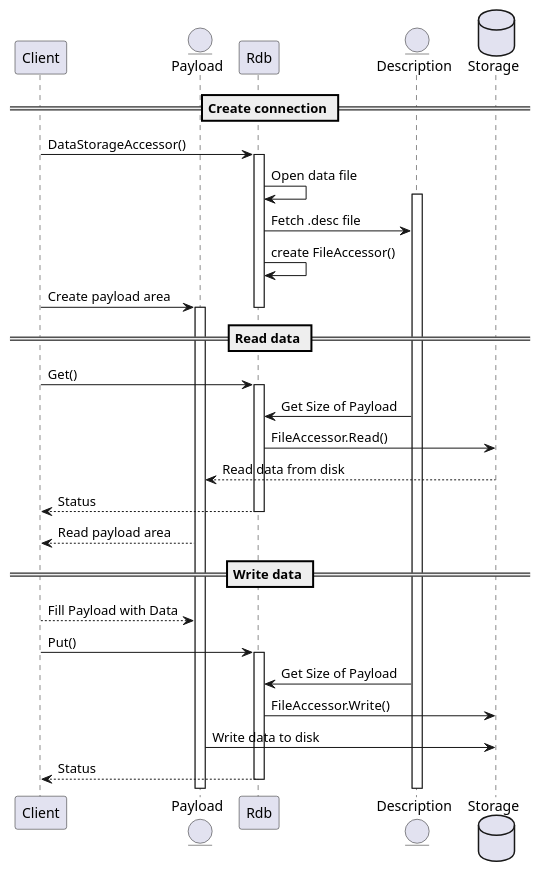
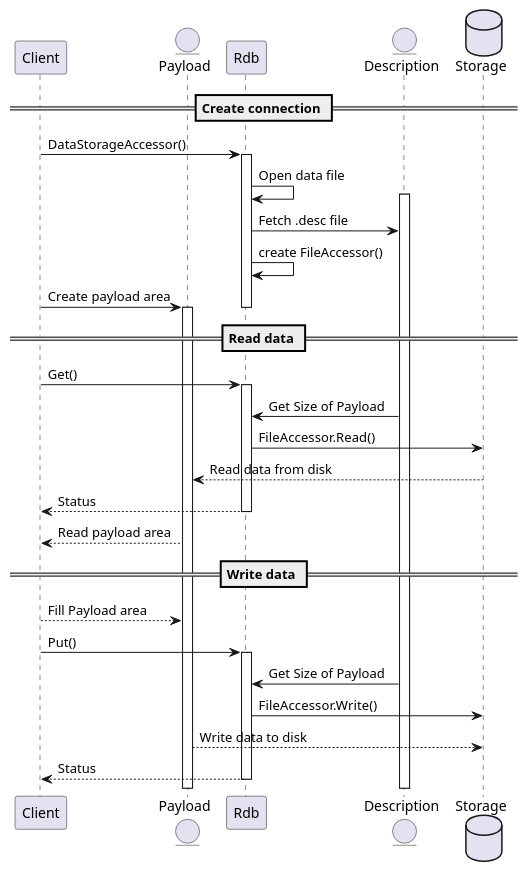
Before and after one commit to michalwidera/retractordb: the diagram in src/rdb/UML/rdb-comunication.puml, drawn with PlantUML. The commit also changed 6 other files, not shown here.

```diff
--- a/src/rdb/UML/rdb-comunication.puml
+++ b/src/rdb/UML/rdb-comunication.puml
@@ -1,45 +1,45 @@
 @startuml
 
 
 participant  Client
 Entity       Payload
 participant  Rdb
 Entity       Description
 database     Storage
 
 == Create connection ==
 
 Client -> Rdb : DataStorageAccessor()
 Activate Rdb
 Rdb -> Rdb: Open data file
 Activate Description
 Rdb -> Description : Fetch .desc file
 Rdb -> Rdb : create FileAccessor()
 Client -> Payload: Create payload area
 deactivate Rdb
 Activate Payload
 
 == Read data ==
 
 Client -> Rdb : Get()
 Activate Rdb
 Description -> Rdb : Get Size of Payload
 Rdb -> Storage : FileAccessor.Read()
 Storage --> Payload : Read data from disk
 Rdb --> Client : Status
 deactivate Rdb
 Payload --> Client : Read payload area
 
 
 == Write data ==
 
-Client --> Payload: Fill Payload with Data
+Client --> Payload: Fill Payload area
 Client -> Rdb: Put()
 Activate Rdb
 Description -> Rdb : Get Size of Payload
 Rdb -> Storage : FileAccessor.Write()
-Payload -> Storage: Write data to disk
+Payload --> Storage: Write data to disk
 Rdb --> Client : Status
 deactivate Rdb
 
 @enduml
```
